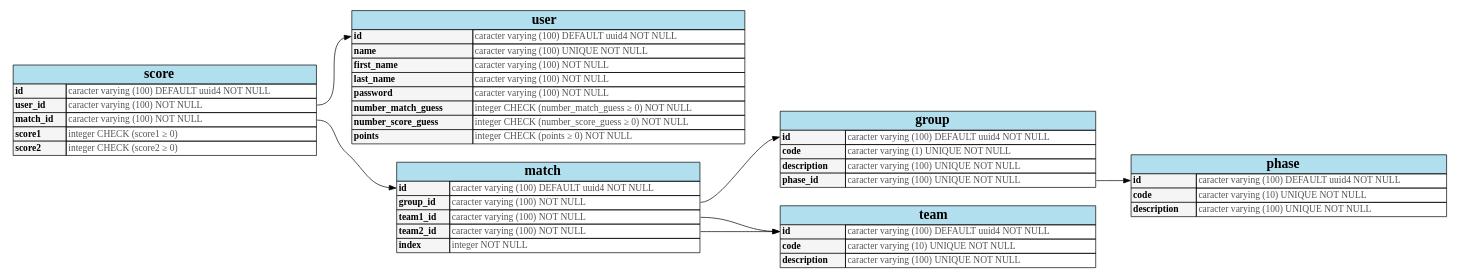
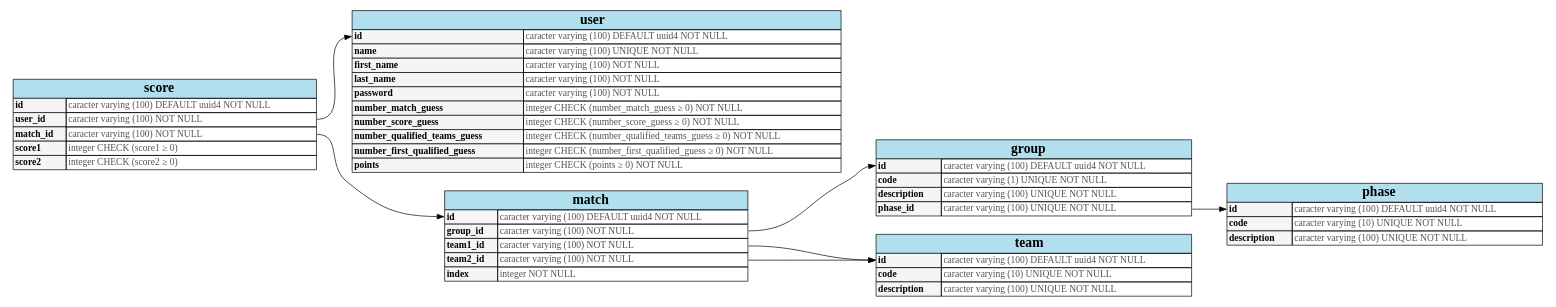
Before and after one commit to yak-toto/yak-server: the diagram in doc/sql_graph.dot, drawn with Graphviz. The commit also changed 2 other files, not shown here.

```diff
--- a/doc/sql_graph.dot
+++ b/doc/sql_graph.dot
@@ -1,90 +1,92 @@
 digraph G {
     graph[rankdir="LR"];
 
     user[
     shape=none
     label=<
       <table border="0" cellspacing="0" cellborder="1">
         <tr><td bgcolor="lightblue2" colspan="2"><font face="Times-bold" point-size="20">user</font></td></tr>
         <tr><td bgcolor="grey96" align="left" port="id_left"><font face="Times-bold">id</font></td><td align="left"><font color="#535353">caracter varying (100) DEFAULT uuid4 NOT NULL</font></td></tr>
         <tr><td bgcolor="grey96" align="left"><font face="Times-bold">name</font></td><td align="left"><font color="#535353">caracter varying (100) UNIQUE NOT NULL</font></td></tr>
         <tr><td bgcolor="grey96" align="left"><font face="Times-bold">first_name</font></td><td align="left"><font color="#535353">caracter varying (100) NOT NULL</font></td></tr>
         <tr><td bgcolor="grey96" align="left"><font face="Times-bold">last_name</font></td><td align="left"><font color="#535353">caracter varying (100) NOT NULL</font></td></tr>
         <tr><td bgcolor="grey96" align="left"><font face="Times-bold">password</font></td><td align="left"><font color="#535353">caracter varying (100) NOT NULL</font></td></tr>
         <tr><td bgcolor="grey96" align="left"><font face="Times-bold">number_match_guess</font></td><td align="left"><font color="#535353">integer CHECK (number_match_guess &ge; 0) NOT NULL</font></td></tr>
         <tr><td bgcolor="grey96" align="left"><font face="Times-bold">number_score_guess</font></td><td align="left"><font color="#535353">integer CHECK (number_score_guess &ge; 0) NOT NULL</font></td></tr>
+        <tr><td bgcolor="grey96" align="left"><font face="Times-bold">number_qualified_teams_guess</font></td><td align="left"><font color="#535353">integer CHECK (number_qualified_teams_guess &ge; 0) NOT NULL</font></td></tr>
+        <tr><td bgcolor="grey96" align="left"><font face="Times-bold">number_first_qualified_guess</font></td><td align="left"><font color="#535353">integer CHECK (number_first_qualified_guess &ge; 0) NOT NULL</font></td></tr>
         <tr><td bgcolor="grey96" align="left"><font face="Times-bold">points</font></td><td align="left"><font color="#535353">integer CHECK (points &ge; 0) NOT NULL</font></td></tr>
       </table>
     >];
 
     match[
     shape=none
     label=<
       <table border="0" cellspacing="0" cellborder="1">
         <tr><td bgcolor="lightblue2" colspan="2"><font face="Times-bold" point-size="20">match</font></td></tr>
         <tr><td bgcolor="grey96" align="left" port="id"><font face="Times-bold">id</font></td><td align="left" port="id_right"><font color="#535353">caracter varying (100) DEFAULT uuid4 NOT NULL</font></td></tr>
         <tr><td bgcolor="grey96" align="left" port="group_id"><font face="Times-bold">group_id</font></td><td align="left" port="group_id_right"><font color="#535353">caracter varying (100) NOT NULL</font></td></tr>
         <tr><td bgcolor="grey96" align="left" port="team1_id"><font face="Times-bold">team1_id</font></td><td align="left" port="team1_id_right"><font color="#535353">caracter varying (100) NOT NULL</font></td></tr>
         <tr><td bgcolor="grey96" align="left" port="team2_id"><font face="Times-bold">team2_id</font></td><td align="left" port="team2_id_right"><font color="#535353">caracter varying (100) NOT NULL</font></td></tr>
         <tr><td bgcolor="grey96" align="left" port="index"><font face="Times-bold">index</font></td><td align="left" port="match_index_right"><font color="#535353">integer NOT NULL</font></td></tr>
       </table>
     >];
 
     score[
     shape=none
     label=<
       <table border="0" cellspacing="0" cellborder="1">
         <tr><td bgcolor="lightblue2" colspan="2"><font face="Times-bold" point-size="20">score</font></td></tr>
         <tr><td bgcolor="grey96" align="left" port="id"><font face="Times-bold">id</font></td><td align="left" port="id_right"><font color="#535353">caracter varying (100) DEFAULT uuid4 NOT NULL</font></td></tr>
         <tr><td bgcolor="grey96" align="left" port="user_id"><font face="Times-bold">user_id</font></td><td align="left" port="user_id_right"><font color="#535353">caracter varying (100) NOT NULL</font></td></tr>
         <tr><td bgcolor="grey96" align="left" port="match_id"><font face="Times-bold">match_id</font></td><td align="left" port="match_id_right"><font color="#535353">caracter varying (100) NOT NULL</font></td></tr>
         <tr><td bgcolor="grey96" align="left" port="score1"><font face="Times-bold">score1</font></td><td align="left" port="score1_right"><font color="#535353">integer CHECK (score1 &ge; 0)</font></td></tr>
         <tr><td bgcolor="grey96" align="left" port="score2"><font face="Times-bold">score2</font></td><td align="left" port="score2_right"><font color="#535353">integer CHECK (score2 &ge; 0)</font></td></tr>
       </table>
     >];
 
     team[
       shape=none
       label=<
         <table border="0" cellspacing="0" cellborder="1">
           <tr><td bgcolor="lightblue2" colspan="2"><font face="Times-bold" point-size="20">team</font></td></tr>
           <tr><td bgcolor="grey96" align="left" port="id"><font face="Times-bold">id</font></td><td align="left" port="id_right"><font color="#535353">caracter varying (100) DEFAULT uuid4 NOT NULL</font></td></tr>
           <tr><td bgcolor="grey96" align="left" port="code_id"><font face="Times-bold">code</font></td><td align="left" port="user_id_right"><font color="#535353">caracter varying (10) UNIQUE NOT NULL</font></td></tr>
           <tr><td bgcolor="grey96" align="left" port="description_id"><font face="Times-bold">description</font></td><td align="left" port="user_id_right"><font color="#535353">caracter varying (100) UNIQUE NOT NULL</font></td></tr>
         </table>
       >
     ];
 
     group[
       shape=none
       label=<
         <table border="0" cellspacing="0" cellborder="1">
           <tr><td bgcolor="lightblue2" colspan="2"><font face="Times-bold" point-size="20">group</font></td></tr>
           <tr><td bgcolor="grey96" align="left" port="id"><font face="Times-bold">id</font></td><td align="left" port="id_right"><font color="#535353">caracter varying (100) DEFAULT uuid4 NOT NULL</font></td></tr>
           <tr><td bgcolor="grey96" align="left" port="group_id"><font face="Times-bold">code</font></td><td align="left" port="group_id_right"><font color="#535353">caracter varying (1) UNIQUE NOT NULL</font></td></tr>
           <tr><td bgcolor="grey96" align="left" port="group_id"><font face="Times-bold">description</font></td><td align="left" port="group_id_right"><font color="#535353">caracter varying (100) UNIQUE NOT NULL</font></td></tr>
           <tr><td bgcolor="grey96" align="left" port="phase_id"><font face="Times-bold">phase_id</font></td><td align="left" port="phase_id_right"><font color="#535353">caracter varying (100) UNIQUE NOT NULL</font></td></tr>
         </table>
       >
     ];
 
     phase[
       shape=none
       label=<
         <table border="0" cellspacing="0" cellborder="1">
           <tr><td bgcolor="lightblue2" colspan="2"><font face="Times-bold" point-size="20">phase</font></td></tr>
           <tr><td bgcolor="grey96" align="left" port="id"><font face="Times-bold">id</font></td><td align="left" port="id_right"><font color="#535353">caracter varying (100) DEFAULT uuid4 NOT NULL</font></td></tr>
           <tr><td bgcolor="grey96" align="left" port="code"><font face="Times-bold">code</font></td><td align="left" port="group_id_right"><font color="#535353">caracter varying (10) UNIQUE NOT NULL</font></td></tr>
           <tr><td bgcolor="grey96" align="left" port="group_id"><font face="Times-bold">description</font></td><td align="left" port="group_id_right"><font color="#535353">caracter varying (100) UNIQUE NOT NULL</font></td></tr>
         </table>
       >
     ];
 
     "score":user_id_right -> "user":id_left
     "score":match_id_right -> "match":id
     "match":team1_id_right -> "team":id
     "match":team2_id_right -> "team":id
 
     "match":group_id_right -> "group":id
     "group":phase_id_right -> "phase":id
 }
```
